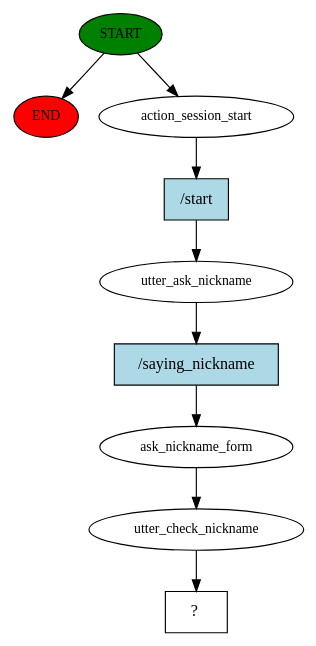
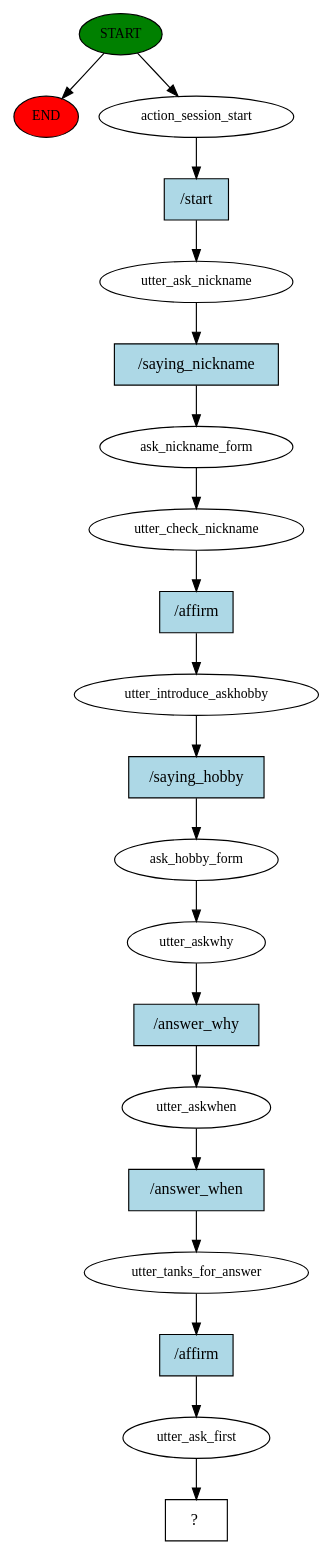
The diagram in story_graph.dot (zeze98/RASA), drawn with Graphviz before and after one commit. The commit also changed 5 other files, not shown here.

Commit message:
ask_first

```diff
--- a/story_graph.dot
+++ b/story_graph.dot
@@ -1,19 +1,41 @@
 digraph  {
 0 [class="start active", fillcolor=green, fontsize=12, label=START, style=filled];
 "-1" [class=end, fillcolor=red, fontsize=12, label=END, style=filled];
 1 [class=active, fontsize=12, label=action_session_start];
 2 [class=active, fontsize=12, label=utter_ask_nickname];
 3 [class=active, fontsize=12, label=ask_nickname_form];
 4 [class=active, fontsize=12, label=utter_check_nickname];
-5 [class="intent dashed active", label="  ?  ", shape=rect];
-6 [class="intent active", fillcolor=lightblue, label="/start", shape=rect, style=filled];
-7 [class="intent active", fillcolor=lightblue, label="/saying_nickname", shape=rect, style=filled];
+5 [class=active, fontsize=12, label=utter_introduce_askhobby];
+6 [class=active, fontsize=12, label=ask_hobby_form];
+7 [class=active, fontsize=12, label=utter_askwhy];
+8 [class=active, fontsize=12, label=utter_askwhen];
+9 [class=active, fontsize=12, label=utter_tanks_for_answer];
+10 [class=active, fontsize=12, label=utter_ask_first];
+11 [class="intent dashed active", label="  ?  ", shape=rect];
+12 [class="intent active", fillcolor=lightblue, label="/start", shape=rect, style=filled];
+13 [class="intent active", fillcolor=lightblue, label="/saying_nickname", shape=rect, style=filled];
+14 [class="intent active", fillcolor=lightblue, label="/affirm", shape=rect, style=filled];
+15 [class="intent active", fillcolor=lightblue, label="/saying_hobby", shape=rect, style=filled];
+16 [class="intent active", fillcolor=lightblue, label="/answer_why", shape=rect, style=filled];
+17 [class="intent active", fillcolor=lightblue, label="/answer_when", shape=rect, style=filled];
+18 [class="intent active", fillcolor=lightblue, label="/affirm", shape=rect, style=filled];
 0 -> "-1"  [class="", key=NONE, label=""];
 0 -> 1  [class=active, key=NONE, label=""];
-1 -> 6  [class=active, key=0];
-2 -> 7  [class=active, key=0];
+1 -> 12  [class=active, key=0];
+2 -> 13  [class=active, key=0];
 3 -> 4  [class=active, key=NONE, label=""];
-4 -> 5  [class=active, key=NONE, label=""];
-6 -> 2  [class=active, key=0];
-7 -> 3  [class=active, key=0];
+4 -> 14  [class=active, key=0];
+5 -> 15  [class=active, key=0];
+6 -> 7  [class=active, key=NONE, label=""];
+7 -> 16  [class=active, key=0];
+8 -> 17  [class=active, key=0];
+9 -> 18  [class=active, key=0];
+10 -> 11  [class=active, key=NONE, label=""];
+12 -> 2  [class=active, key=0];
+13 -> 3  [class=active, key=0];
+14 -> 5  [class=active, key=0];
+15 -> 6  [class=active, key=0];
+16 -> 8  [class=active, key=0];
+17 -> 9  [class=active, key=0];
+18 -> 10  [class=active, key=0];
 }
```
